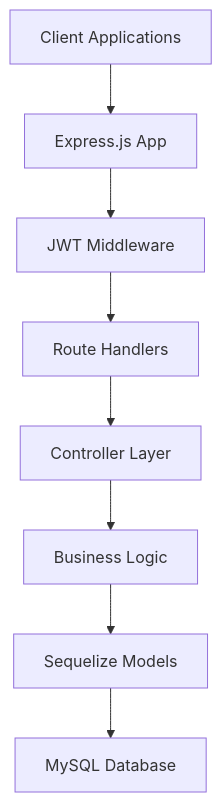
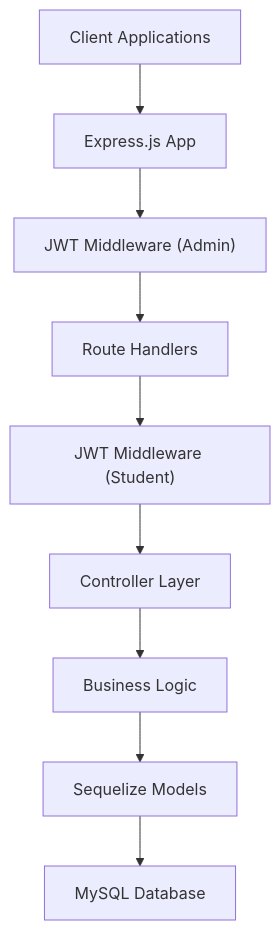
The second of 3 diagrams in .qoder/repowiki/en/content/API Endpoints Reference.md (Mreng78/khirocom_project), drawn with Mermaid before and after one commit. The commit also changed other lines of this file and 17 other files, not shown here.

````diff
--- a/.qoder/repowiki/en/content/API Endpoints Reference.md
+++ b/.qoder/repowiki/en/content/API Endpoints Reference.md
@@ -104,10 +110,11 @@
 ```mermaid
 graph TB
 Client["Client Applications"] --> Express["Express.js App"]
-Express --> Auth["JWT Middleware"]
+Express --> Auth["JWT Middleware (Admin)"]
 Auth --> Routes["Route Handlers"]
-Routes --> Controllers["Controller Layer"]
+Routes --> StudentAuth["JWT Middleware (Student)"]
+StudentAuth --> Controllers["Controller Layer"]
 Controllers --> Services["Business Logic"]
 Services --> Models["Sequelize Models"]
 Models --> Database["MySQL Database"]
 ```
````
